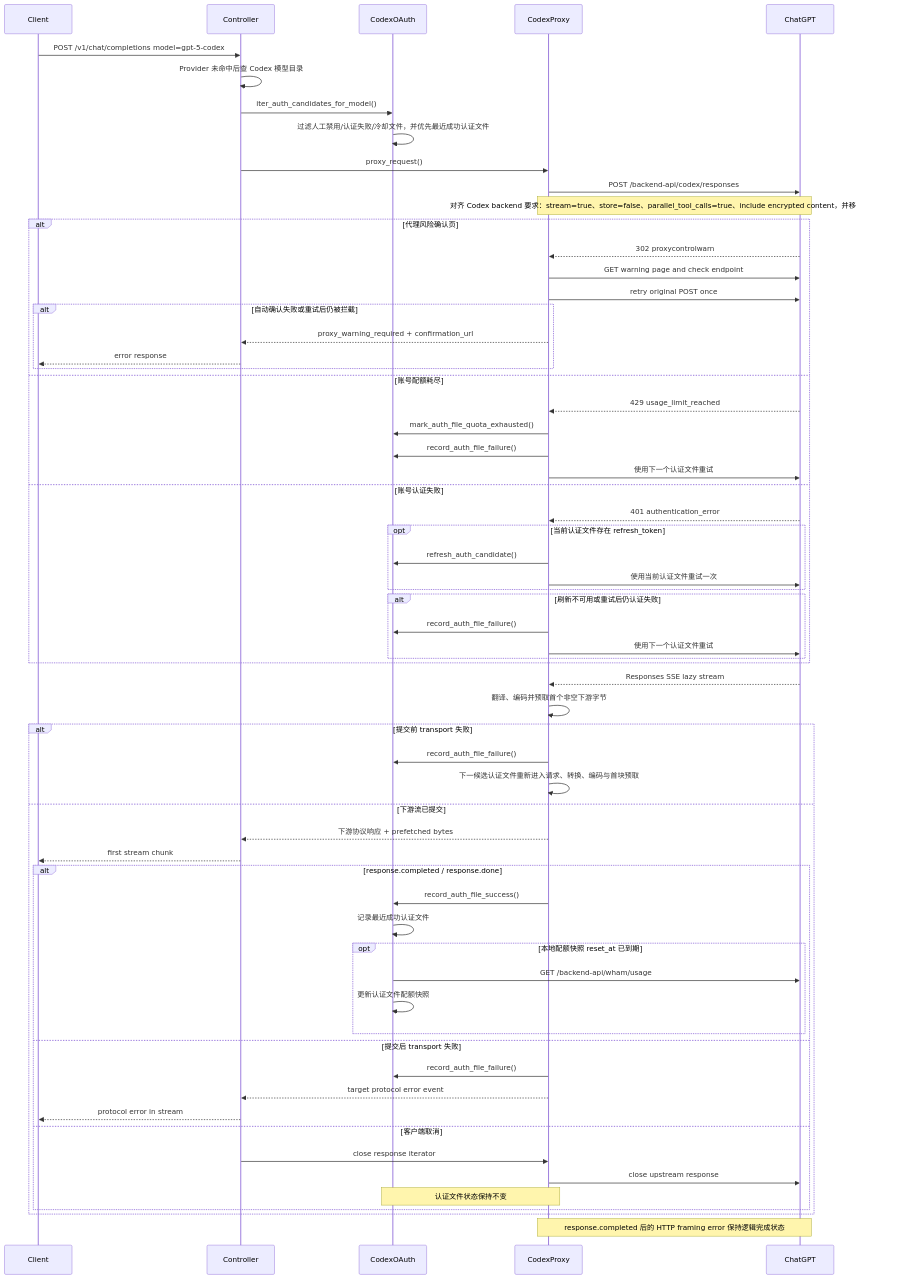
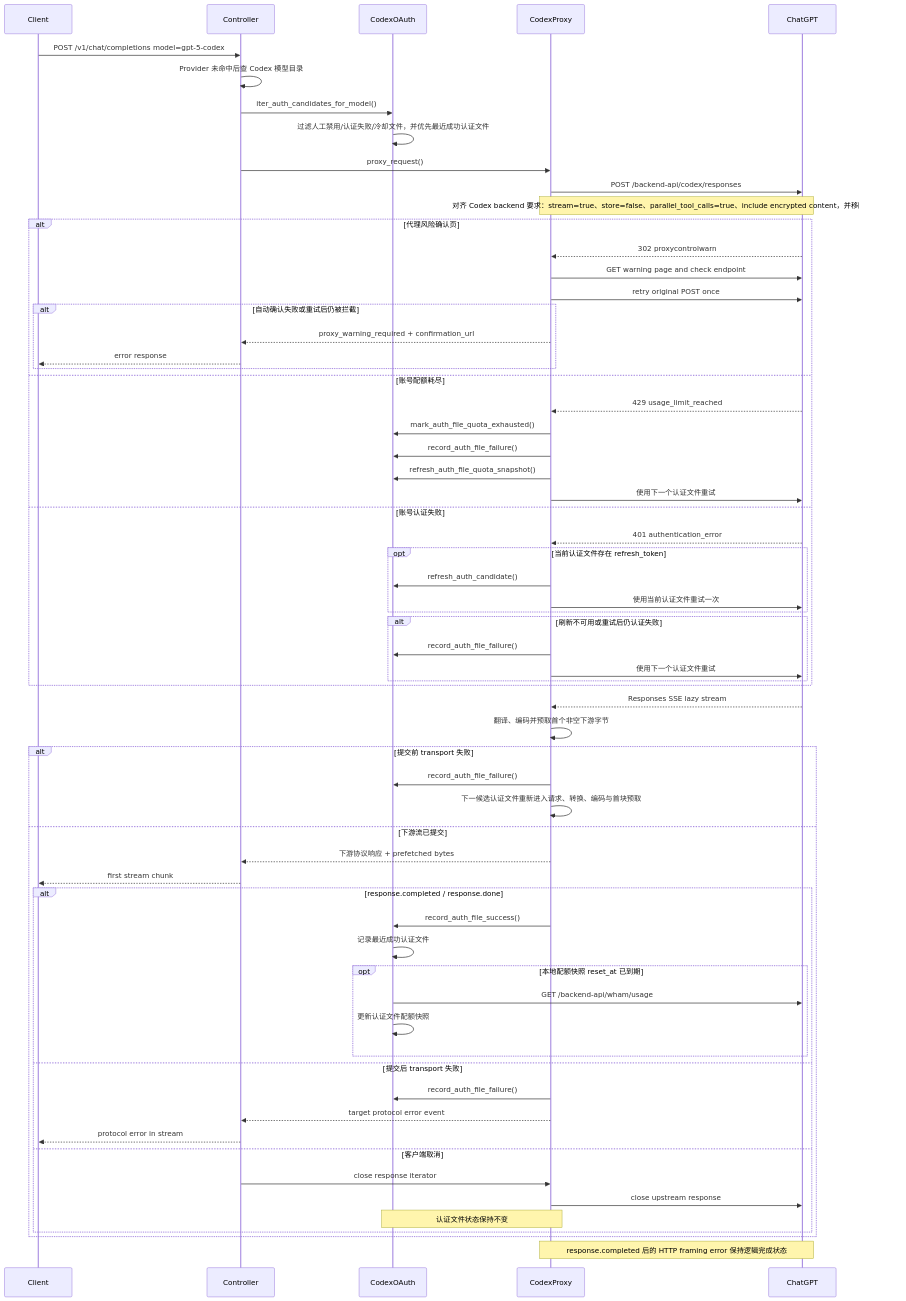
Before and after one commit to VonSdite/LLM_Proxy: the second of 4 diagrams in docs/architecture-4plus1.md, drawn with Mermaid. The commit also changed other lines of this file and 12 other files, not shown here.

Commit message:
支持 Codex 图片生成与额度自动刷新

````diff
--- a/docs/architecture-4plus1.md
+++ b/docs/architecture-4plus1.md
@@ -928,66 +966,67 @@
 ```mermaid
 sequenceDiagram
     participant Client
     participant Controller
     participant CodexOAuth
     participant CodexProxy
     participant ChatGPT
 
     Client->>Controller: POST /v1/chat/completions model=gpt-5-codex
     Controller->>Controller: Provider 未命中后查 Codex 模型目录
     Controller->>CodexOAuth: iter_auth_candidates_for_model()
     CodexOAuth->>CodexOAuth: 过滤人工禁用/认证失败/冷却文件，并优先最近成功认证文件
     Controller->>CodexProxy: proxy_request()
     CodexProxy->>ChatGPT: POST /backend-api/codex/responses
     Note over CodexProxy,ChatGPT: 对齐 Codex backend 要求：stream=true、store=false、parallel_tool_calls=true、include encrypted content，并移除不支持字段
     alt 代理风险确认页
         ChatGPT-->>CodexProxy: 302 proxycontrolwarn
         CodexProxy->>ChatGPT: GET warning page and check endpoint
         CodexProxy->>ChatGPT: retry original POST once
         alt 自动确认失败或重试后仍被拦截
             CodexProxy-->>Controller: proxy_warning_required + confirmation_url
             Controller-->>Client: error response
         end
     else 账号配额耗尽
         ChatGPT-->>CodexProxy: 429 usage_limit_reached
         CodexProxy->>CodexOAuth: mark_auth_file_quota_exhausted()
         CodexProxy->>CodexOAuth: record_auth_file_failure()
+        CodexProxy->>CodexOAuth: refresh_auth_file_quota_snapshot()
         CodexProxy->>ChatGPT: 使用下一个认证文件重试
     else 账号认证失败
         ChatGPT-->>CodexProxy: 401 authentication_error
         opt 当前认证文件存在 refresh_token
             CodexProxy->>CodexOAuth: refresh_auth_candidate()
             CodexProxy->>ChatGPT: 使用当前认证文件重试一次
         end
         alt 刷新不可用或重试后仍认证失败
             CodexProxy->>CodexOAuth: record_auth_file_failure()
             CodexProxy->>ChatGPT: 使用下一个认证文件重试
         end
     end
     ChatGPT-->>CodexProxy: Responses SSE lazy stream
     CodexProxy->>CodexProxy: 翻译、编码并预取首个非空下游字节
     alt 提交前 transport 失败
         CodexProxy->>CodexOAuth: record_auth_file_failure()
         CodexProxy->>CodexProxy: 下一候选认证文件重新进入请求、转换、编码与首块预取
     else 下游流已提交
         CodexProxy-->>Controller: 下游协议响应 + prefetched bytes
         Controller-->>Client: first stream chunk
         alt response.completed / response.done
             CodexProxy->>CodexOAuth: record_auth_file_success()
             CodexOAuth->>CodexOAuth: 记录最近成功认证文件
             opt 本地配额快照 reset_at 已到期
                 CodexOAuth->>ChatGPT: GET /backend-api/wham/usage
                 CodexOAuth->>CodexOAuth: 更新认证文件配额快照
             end
         else 提交后 transport 失败
             CodexProxy->>CodexOAuth: record_auth_file_failure()
             CodexProxy-->>Controller: target protocol error event
             Controller-->>Client: protocol error in stream
         else 客户端取消
             Controller->>CodexProxy: close response iterator
             CodexProxy->>ChatGPT: close upstream response
             Note over CodexProxy,CodexOAuth: 认证文件状态保持不变
         end
     end
     Note over CodexProxy,ChatGPT: response.completed 后的 HTTP framing error 保持逻辑完成状态
 ```
````
